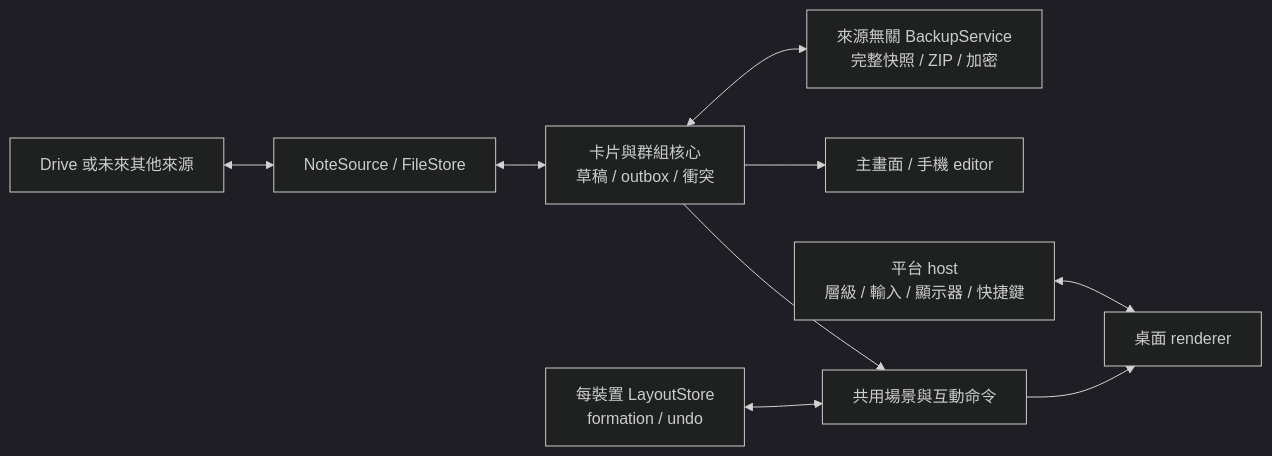
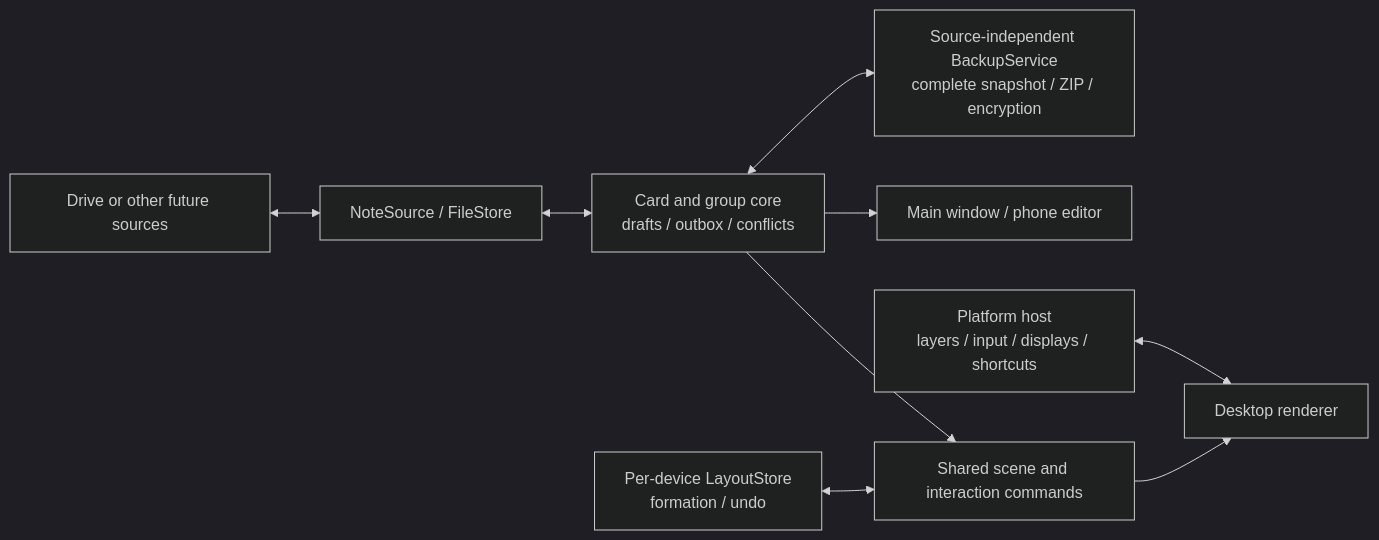
The first of 2 diagrams in docs/architecture.md (sammykenny2/desktop-work-fleet), drawn with Mermaid (dark theme) before and after one commit. The commit also changed other lines of this file and 130 other files, not shown here.

````diff
--- a/docs/architecture.md
+++ b/docs/architecture.md
@@ -61,15 +88,15 @@
 ```mermaid
 flowchart LR
-  Provider[Drive 或未來其他來源] <--> Source[NoteSource / FileStore]
-  Source <--> Core[卡片與群組核心
-草稿 / outbox / 衝突]
-  Core --> Scene[共用場景與互動命令]
-  Layout[每裝置 LayoutStore
+  Provider[Drive or other future sources] <--> Source[NoteSource / FileStore]
+  Source <--> Core[Card and group core
+drafts / outbox / conflicts]
+  Core --> Scene[Shared scene and interaction commands]
+  Layout[Per-device LayoutStore
 formation / undo] <--> Scene
-  Scene --> Desktop[桌面 renderer]
-  Core --> Editor[主畫面 / 手機 editor]
-  Host[平台 host
-層級 / 輸入 / 顯示器 / 快捷鍵] <--> Desktop
-  Core <--> Backup[來源無關 BackupService
-完整快照 / ZIP / 加密]
+  Scene --> Desktop[Desktop renderer]
+  Core --> Editor[Main window / phone editor]
+  Host[Platform host
+layers / input / displays / shortcuts] <--> Desktop
+  Core <--> Backup[Source-independent BackupService
+complete snapshot / ZIP / encryption]
 ```
````
